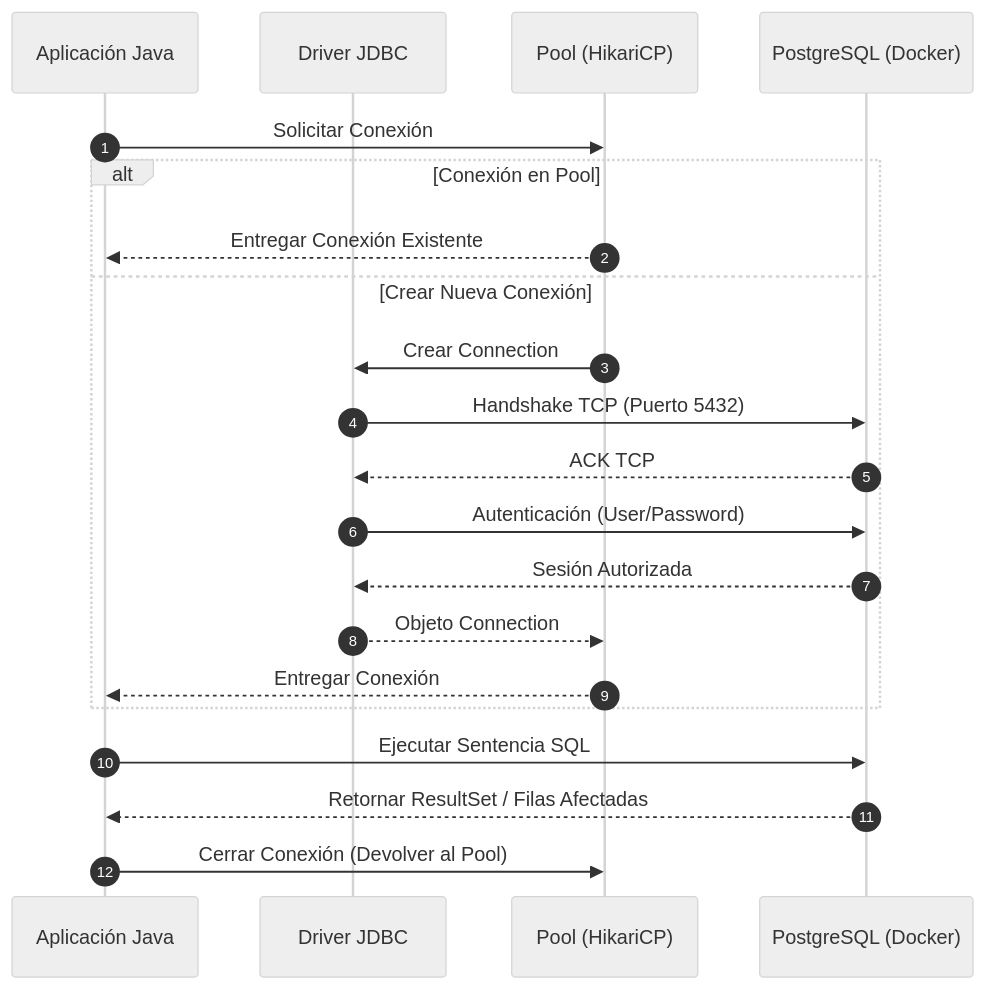
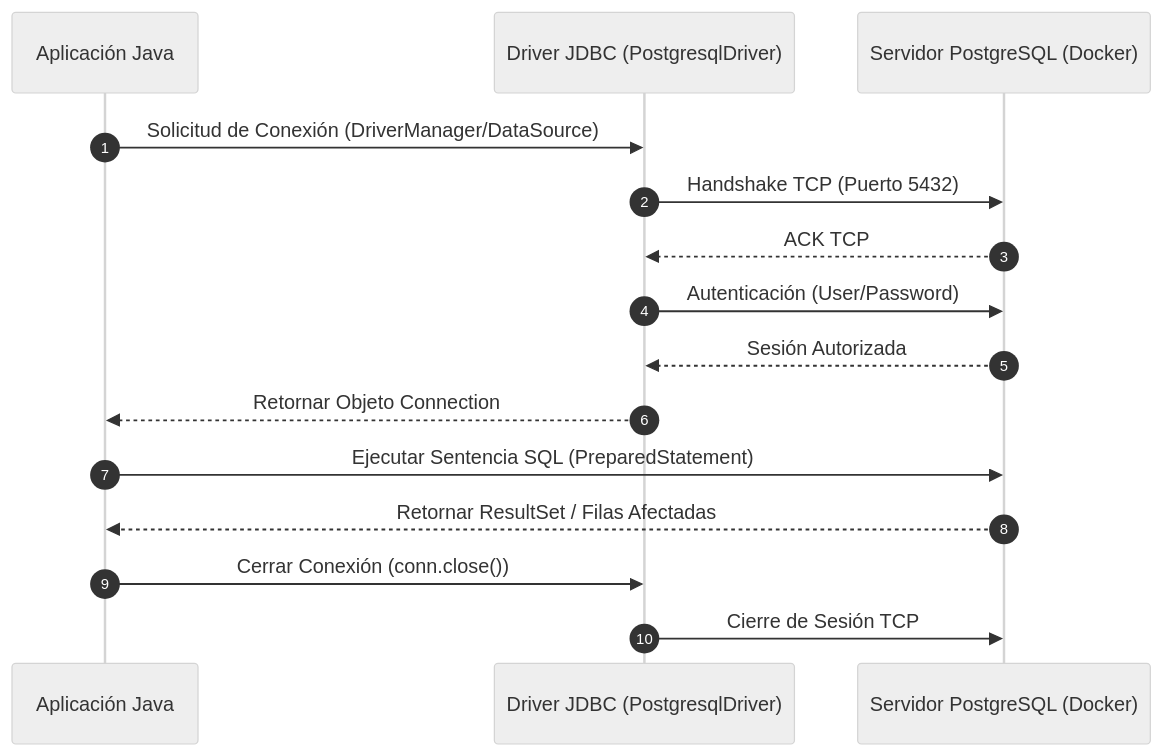
The second of 8 diagrams in RA2/ra2_manejor_conectores.md (fencgut961/AAD_26_27), drawn with Mermaid (neutral theme) before and after one commit. The commit also changed other lines of this file, not shown here.

````diff
--- a/RA2/ra2_manejor_conectores.md
+++ b/RA2/ra2_manejor_conectores.md
@@ -61,25 +61,19 @@
 ```mermaid
 sequenceDiagram
     autonumber
     participant App as Aplicación Java
-    participant Driver as Driver JDBC
-    participant Pool as Pool (HikariCP)
-    participant DB as PostgreSQL (Docker)
+    participant Driver as Driver JDBC (PostgresqlDriver)
+    participant DB as Servidor PostgreSQL (Docker)
 
-    App->>Pool: Solicitar Conexión
-    alt Conexión en Pool
-        Pool-->>App: Entregar Conexión Existente
-    else Crear Nueva Conexión
-        Pool->>Driver: Crear Connection
-        Driver->>DB: Handshake TCP (Puerto 5432)
-        DB-->>Driver: ACK TCP
-        Driver->>DB: Autenticación (User/Password)
-        DB-->>Driver: Sesión Autorizada
-        Driver-->>Pool: Objeto Connection
-        Pool-->>App: Entregar Conexión
-    end
+    App->>Driver: Solicitud de Conexión (DriverManager/DataSource)
+    Driver->>DB: Handshake TCP (Puerto 5432)
+    DB-->>Driver: ACK TCP
+    Driver->>DB: Autenticación (User/Password)
+    DB-->>Driver: Sesión Autorizada
+    Driver-->>App: Retornar Objeto Connection
 
-    App->>DB: Ejecutar Sentencia SQL
+    App->>DB: Ejecutar Sentencia SQL (PreparedStatement)
     DB-->>App: Retornar ResultSet / Filas Afectadas
-    App->>Pool: Cerrar Conexión (Devolver al Pool)
+    App->>Driver: Cerrar Conexión (conn.close())
+    Driver->>DB: Cierre de Sesión TCP
 ```
````
